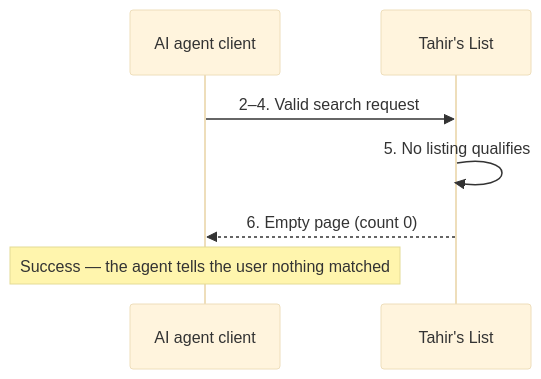
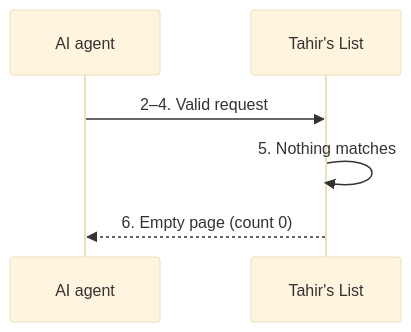
One commit to Losers-Lab/tahirs-list changed the third of 7 diagrams in docs/features/SC-209/04-blackbox/UC-01-search-restaurants.md. Above: the diagram before and after it, drawn with Mermaid (base theme). The commit also changed other lines of this file and 10 other files, not shown here.

Commit message:
[SC-209] Retrofit design to diagram-first standard

````diff
--- a/docs/features/SC-209/04-blackbox/UC-01-search-restaurants.md
+++ b/docs/features/SC-209/04-blackbox/UC-01-search-restaurants.md
@@ -52,10 +33,8 @@
 ```mermaid
 sequenceDiagram
-    participant AG as AI agent client
+    participant AG as AI agent
     participant TL as Tahir's List
-
-    AG->>TL: 2–4. Valid search request
-    TL->>TL: 5. No listing qualifies
+    AG->>TL: 2–4. Valid request
+    TL->>TL: 5. Nothing matches
     TL-->>AG: 6. Empty page (count 0)
-    Note over AG: Success — the agent tells the user nothing matched
 ```
````
